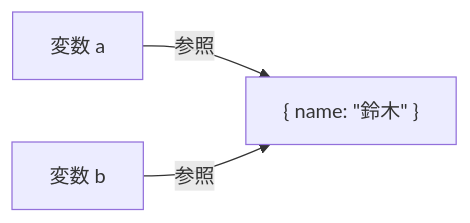
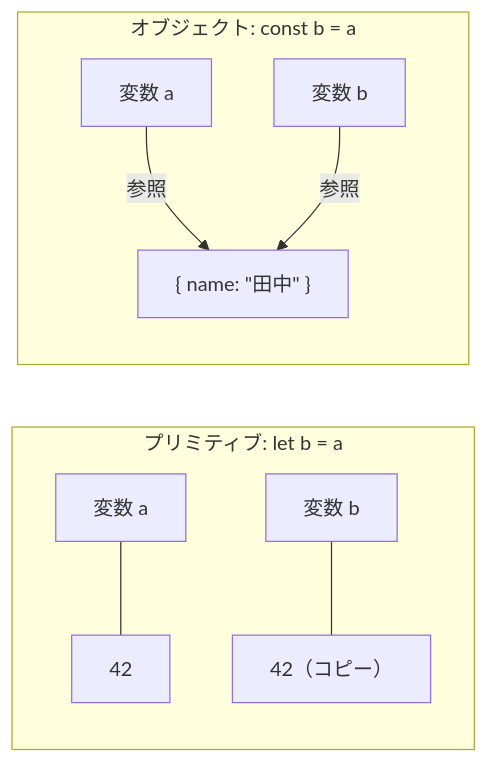
One commit to ozaki25/web-front-training-ozaki25 changed the third of 8 diagrams in docs/drafts/008/index.md. Above: the diagram before and after it, drawn with Mermaid. The commit also changed other lines of this file, not shown here.

First line of the commit message:
イミュータビリティレッスンをレビュー: 共感導入、比較図追加、Object.is説明、React表追加

````diff
--- a/docs/drafts/008/index.md
+++ b/docs/drafts/008/index.md
@@ -66,5 +74,11 @@
 ```mermaid
 flowchart LR
-  a["変数 a"] -->|参照| obj["{ name: &quot;鈴木&quot; }"]
-  b["変数 b"] -->|参照| obj
+  subgraph "プリミティブ: let b = a"
+    pa["変数 a"] --- pva["42"]
+    pb["変数 b"] --- pvb["42（コピー）"]
+  end
+  subgraph "オブジェクト: const b = a"
+    oa["変数 a"] -->|参照| oobj["{ name: &quot;田中&quot; }"]
+    ob["変数 b"] -->|参照| oobj
+  end
 ```
````
